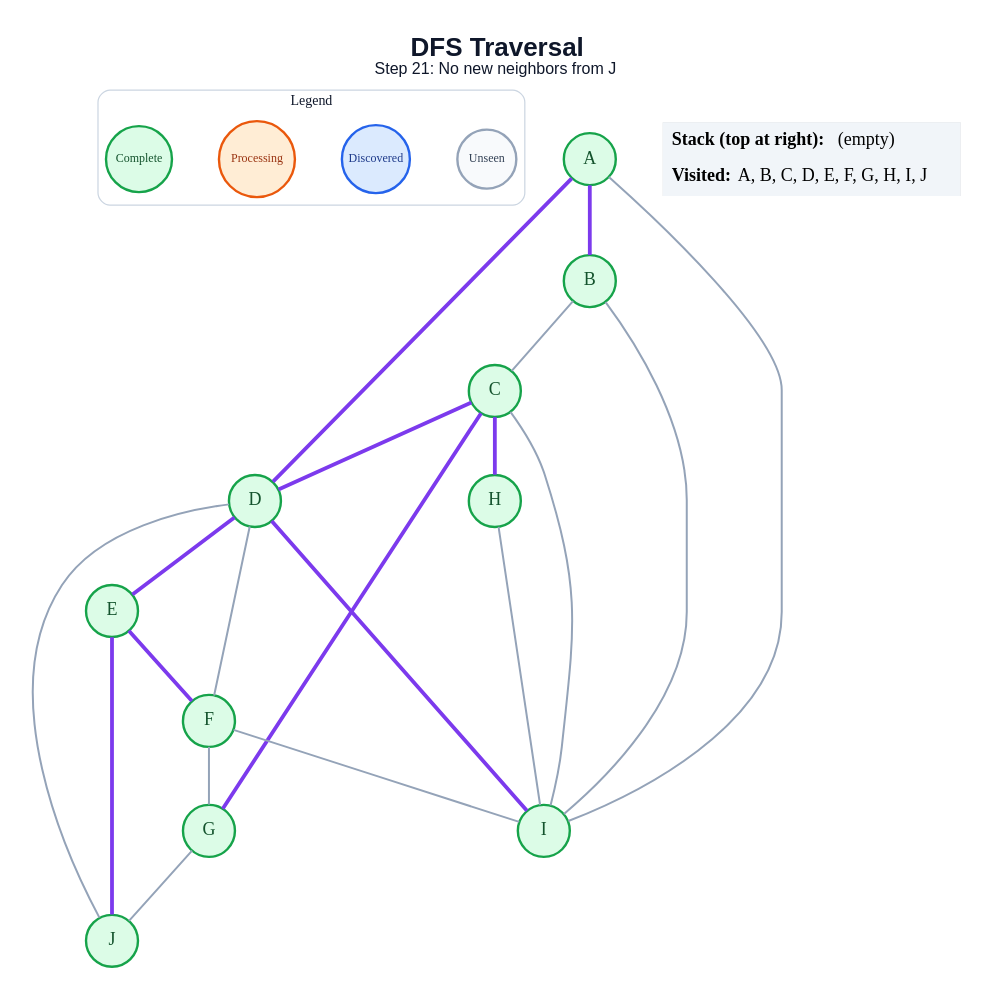
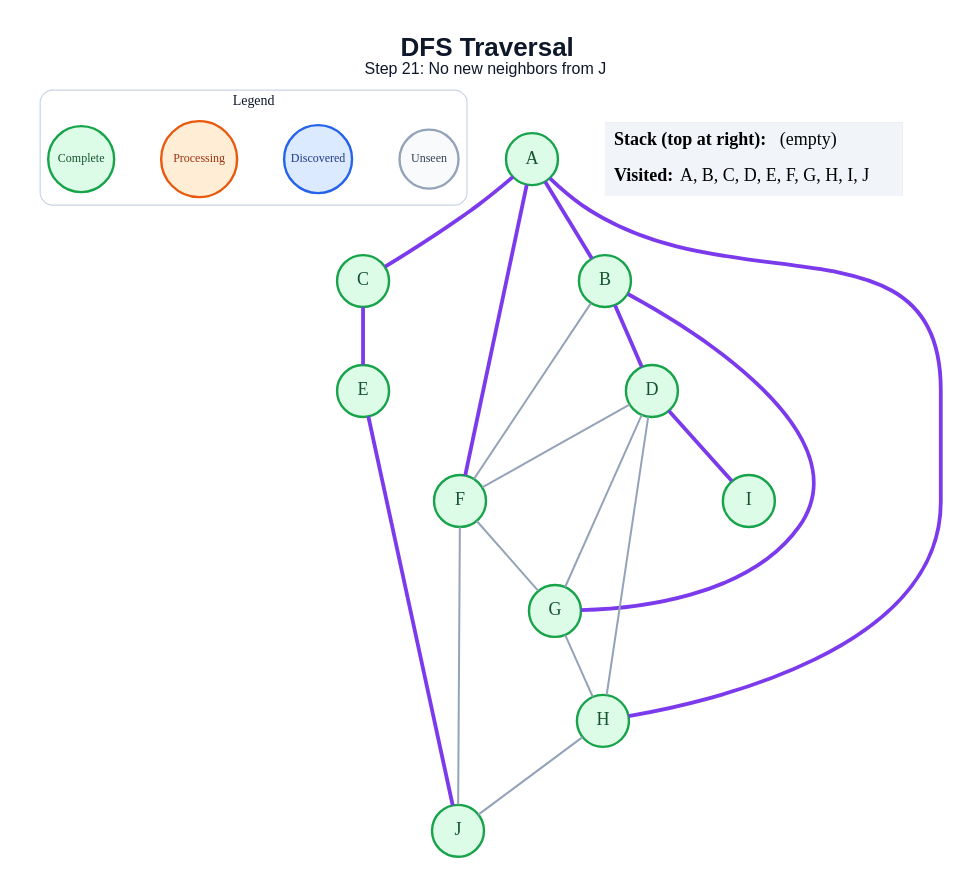
The diagram in generated/specific-node/dfs/step_21.dot (anon7238593-create/ai-slop), drawn with Graphviz before and after one commit. The commit also changed 171 other files, not shown here.

```diff
--- a/generated/specific-node/dfs/step_21.dot
+++ b/generated/specific-node/dfs/step_21.dot
@@ -1,48 +1,46 @@
 graph traversal {
   graph [layout=dot, rankdir=TB, bgcolor="#FFFFFF", pad="0.35", nodesep="0.65", ranksep="0.8", fontname="Arial"];
   node [shape=circle, style="filled", fontname="Arial Bold", fontsize=18, width=0.72, fixedsize=true, penwidth=2.4];
   edge [color="#94A3B8", penwidth=2.0];
   label=<<B>DFS Traversal</B><BR/><FONT POINT-SIZE="16">Step 21: No new neighbors from J</FONT>>; labelloc="t"; fontsize=26; fontname="Arial"; fontcolor="#0F172A";
   subgraph cluster_legend { label="Legend"; color="#CBD5E1"; penwidth=1.2; style="rounded"; fontsize=14; fontname="Arial Bold";
     key_unseen [label="Unseen", fillcolor="#F8FAFC", color="#94A3B8", fontcolor="#334155", fontsize=12, width=0.82];
     key_frontier [label="Discovered", fillcolor="#DBEAFE", color="#2563EB", fontcolor="#1E3A8A", fontsize=12, width=0.95];
     key_current [label="Processing", fillcolor="#FFEDD5", color="#EA580C", fontcolor="#9A3412", fontsize=12, width=1.05];
     key_done [label="Complete", fillcolor="#DCFCE7", color="#16A34A", fontcolor="#14532D", fontsize=12, width=0.92];
     { rank=same; key_unseen; key_frontier; key_current; key_done; }
   }
   A [fillcolor="#DCFCE7", color="#16A34A", fontcolor="#14532D"];
   B [fillcolor="#DCFCE7", color="#16A34A", fontcolor="#14532D"];
   C [fillcolor="#DCFCE7", color="#16A34A", fontcolor="#14532D"];
   D [fillcolor="#DCFCE7", color="#16A34A", fontcolor="#14532D"];
   E [fillcolor="#DCFCE7", color="#16A34A", fontcolor="#14532D"];
   F [fillcolor="#DCFCE7", color="#16A34A", fontcolor="#14532D"];
   G [fillcolor="#DCFCE7", color="#16A34A", fontcolor="#14532D"];
   H [fillcolor="#DCFCE7", color="#16A34A", fontcolor="#14532D"];
   I [fillcolor="#DCFCE7", color="#16A34A", fontcolor="#14532D"];
   J [fillcolor="#DCFCE7", color="#16A34A", fontcolor="#14532D"];
   A -- B [color="#7C3AED", penwidth=3.8];
-  A -- D [color="#7C3AED", penwidth=3.8];
-  A -- I;
-  B -- C;
-  B -- I;
-  C -- D [color="#7C3AED", penwidth=3.8];
-  C -- G [color="#7C3AED", penwidth=3.8];
-  C -- H [color="#7C3AED", penwidth=3.8];
-  C -- I;
-  D -- E [color="#7C3AED", penwidth=3.8];
+  A -- C [color="#7C3AED", penwidth=3.8];
+  A -- F [color="#7C3AED", penwidth=3.8];
+  A -- H [color="#7C3AED", penwidth=3.8];
+  B -- D [color="#7C3AED", penwidth=3.8];
+  B -- F;
+  B -- G [color="#7C3AED", penwidth=3.8];
+  C -- E [color="#7C3AED", penwidth=3.8];
   D -- F;
+  D -- G;
+  D -- H;
   D -- I [color="#7C3AED", penwidth=3.8];
-  D -- J;
-  E -- F [color="#7C3AED", penwidth=3.8];
   E -- J [color="#7C3AED", penwidth=3.8];
   F -- G;
-  F -- I;
-  G -- J;
-  H -- I;
+  F -- J;
+  G -- H;
+  H -- J;
   status [shape=plain, fixedsize=false, width=0, height=0, margin=0, label=<
     <TABLE BORDER="0" CELLBORDER="0" CELLPADDING="7" BGCOLOR="#F1F5F9">
       <TR><TD ALIGN="LEFT"><B>Stack (top at right):</B> (empty)</TD></TR>
       <TR><TD ALIGN="LEFT"><B>Visited:</B> A, B, C, D, E, F, G, H, I, J</TD></TR>
     </TABLE>
   >];
 }
```
